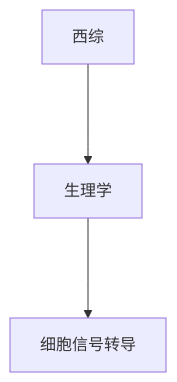
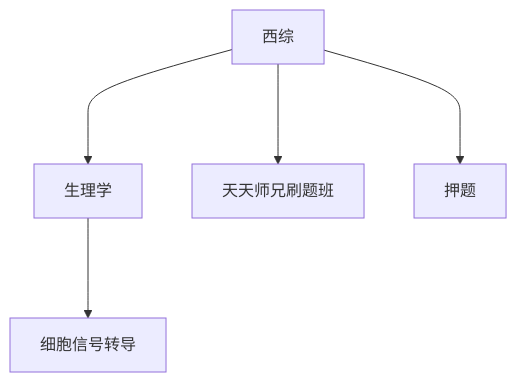
The diagram in content/_index.md (WaytrueDeng/braindump), drawn with Mermaid before and after one commit. The commit also changed 283 other files, not shown here.

```diff
--- a/content/_index.md
+++ b/content/_index.md
@@ -25,6 +25,10 @@
 <div class="mermaid">
 graph TD
-西综 ---> B[生理学]
+A[西综] ---> B[生理学]
 B ---> C[细胞信号转导]
+A ---> D[天天师兄刷题班]
+A ---> E[押题]
 click C href "/细胞信号转导"
+click D href "/天天师兄刷题班"
+click E "/押题"
 </div>
```
